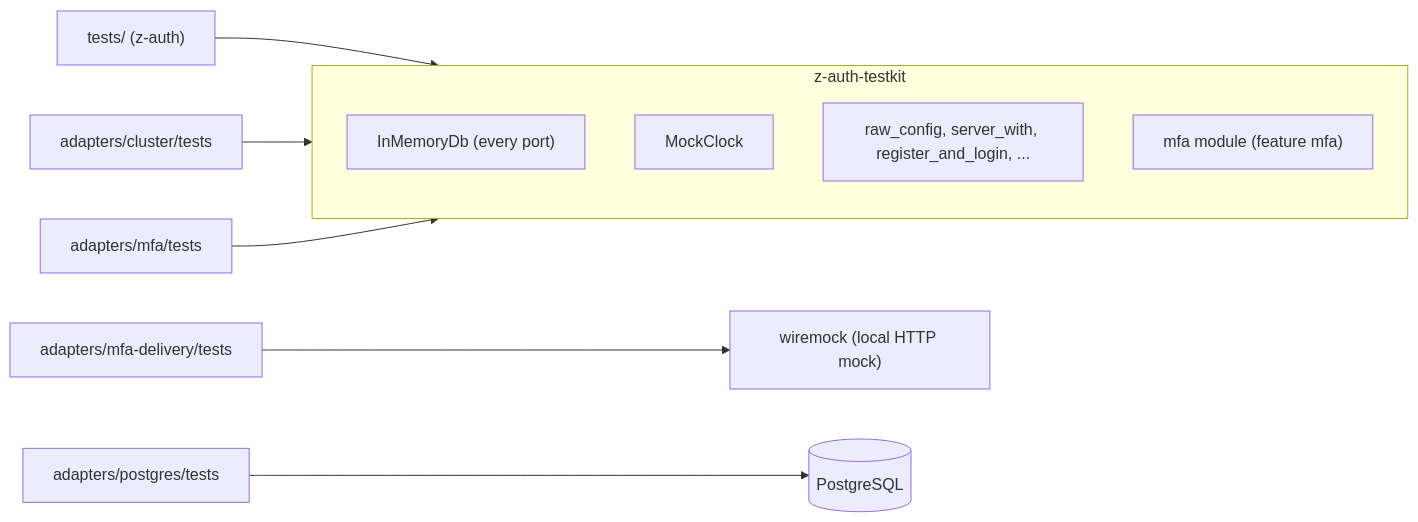
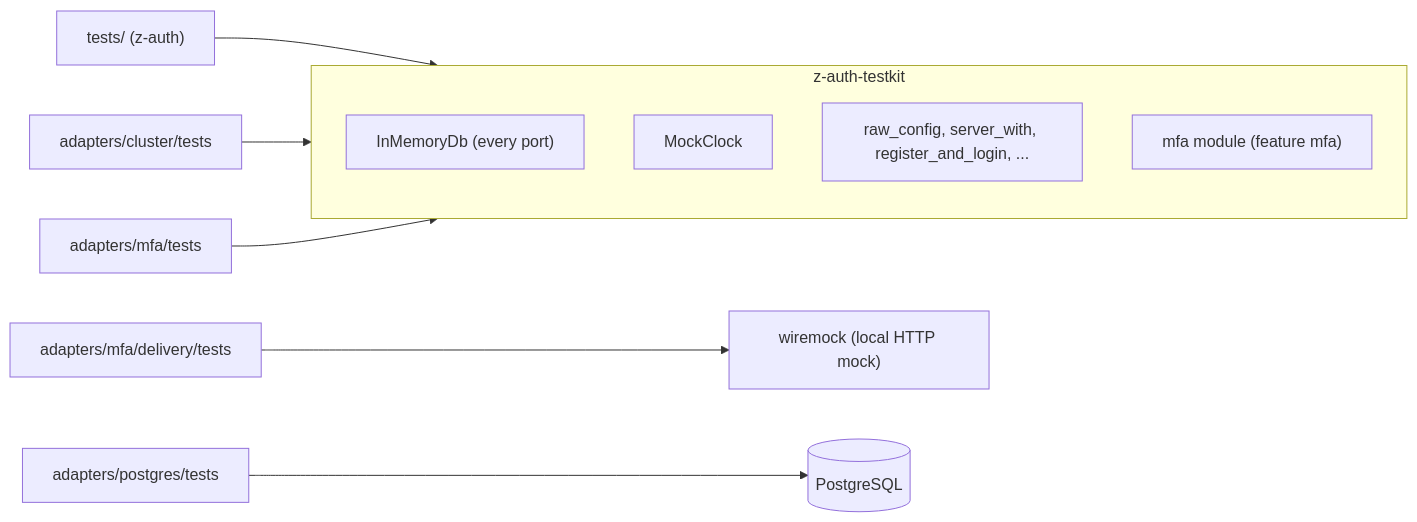
The first of 2 diagrams in docs/development.md (eugenezimin/auth-lib), drawn with Mermaid before and after one commit. The commit also changed other lines of this file and 25 other files, not shown here.

First line of the commit message:
Make the delivery crate z-auth-mfa's subcrate z-auth-mfa-sender

````diff
--- a/docs/development.md
+++ b/docs/development.md
@@ -47,14 +47,14 @@
 ```mermaid
 flowchart LR
     subgraph testkit["z-auth-testkit"]
         db["InMemoryDb (every port)"]
         clock["MockClock"]
         helpers["raw_config, server_with, register_and_login, ..."]
         mfa["mfa module (feature mfa)"]
     end
     core_tests["tests/ (z-auth)"] --> testkit
     cluster_tests["adapters/cluster/tests"] --> testkit
     mfa_tests["adapters/mfa/tests"] --> testkit
-    delivery_tests["adapters/mfa-delivery/tests"] --> mock["wiremock (local HTTP mock)"]
+    delivery_tests["adapters/mfa/delivery/tests"] --> mock["wiremock (local HTTP mock)"]
     pg_tests["adapters/postgres/tests"] --> pg[("PostgreSQL")]
 ```
````
